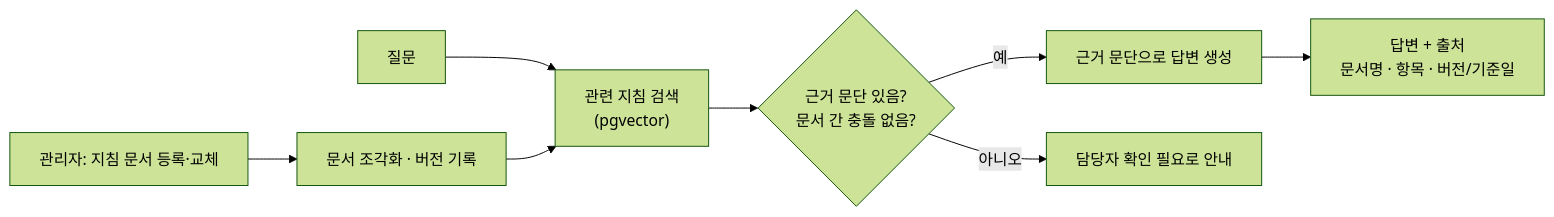
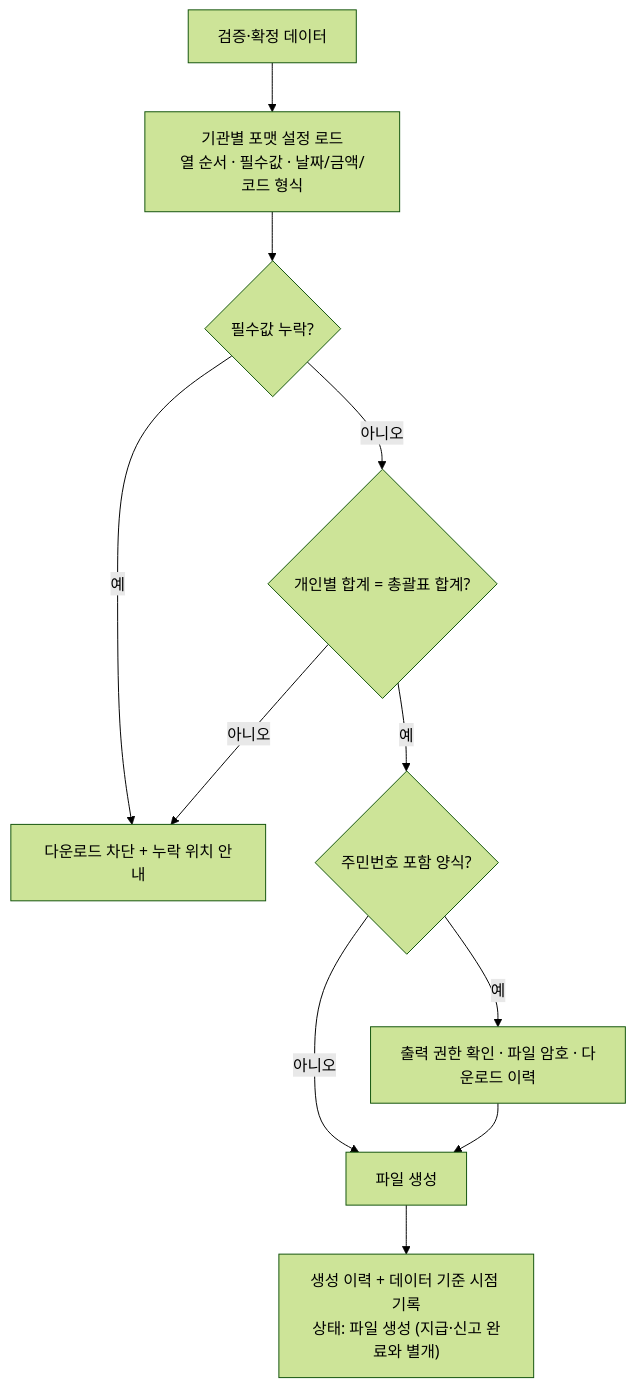
Before and after one commit to YC-CapstoneDesign-5/.github: diagram 12 of 15 in docs/ARCHITECTURE.md, drawn with Mermaid (forest theme). The commit also changed other lines of this file and 7 other files, not shown here.

````diff
--- a/docs/ARCHITECTURE.md
+++ b/docs/ARCHITECTURE.md
@@ -242,9 +349,13 @@
 ```mermaid
-flowchart LR
-    Q["질문"] --> S["관련 지침 검색<br>(pgvector)"]
-    S --> E{"근거 문단 있음?<br>문서 간 충돌 없음?"}
-    E -->|예| G["근거 문단으로 답변 생성"]
-    G --> O["답변 + 출처<br>문서명 · 항목 · 버전/기준일"]
-    E -->|아니오| N["담당자 확인 필요로 안내"]
-    ADM["관리자: 지침 문서 등록·교체"] --> IDX["문서 조각화 · 버전 기록"] --> S
+flowchart TD
+    A["검증·확정 데이터"] --> B["기관별 포맷 설정 로드<br>열 순서 · 필수값 · 날짜/금액/코드 형식"]
+    B --> C{"필수값 누락?"}
+    C -->|예| BLK["다운로드 차단 + 누락 위치 안내"]
+    C -->|아니오| D{"개인별 합계 = 총괄표 합계?"}
+    D -->|아니오| BLK
+    D -->|예| E{"주민번호 포함 양식?"}
+    E -->|예| F["출력 권한 확인 · 파일 암호 · 다운로드 이력"]
+    E -->|아니오| G["파일 생성"]
+    F --> G
+    G --> H["생성 이력 + 데이터 기준 시점 기록<br>상태: 파일 생성 (지급·신고 완료와 별개)"]
 ```
````
